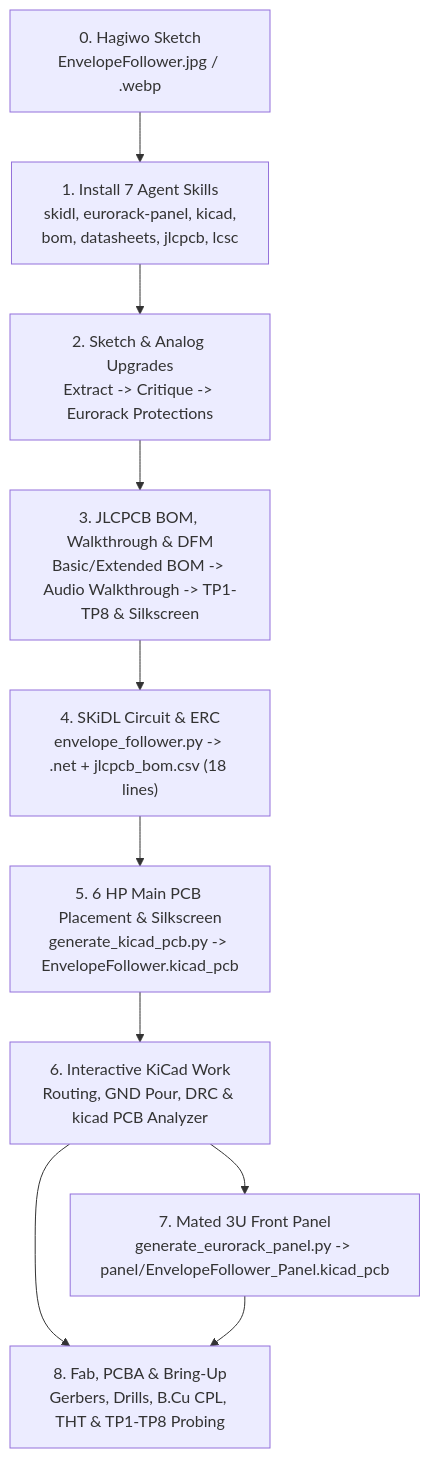
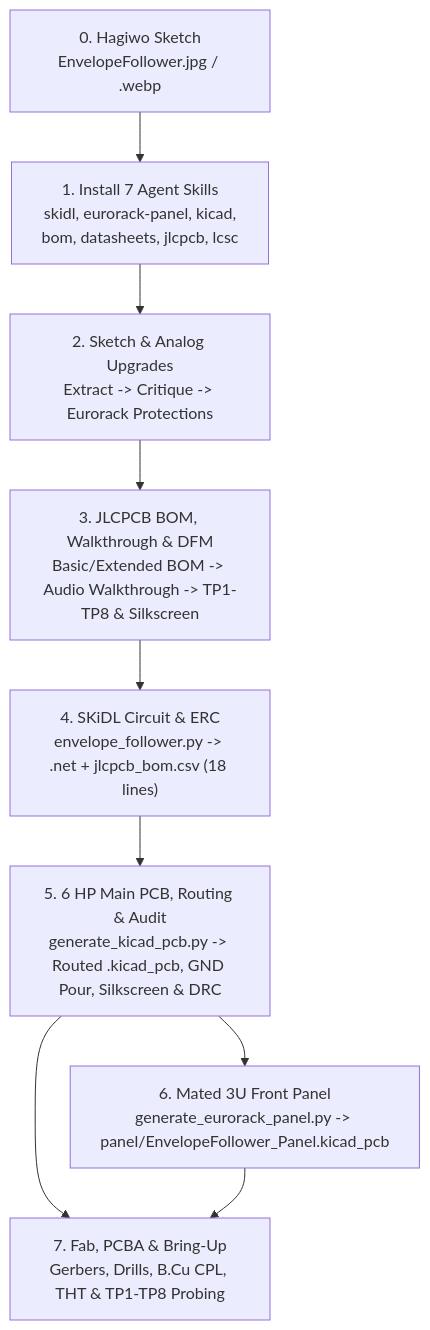
Before and after one commit to domesticmouse/EnvelopeFollower: the diagram in docs/index.md, drawn with Mermaid. The commit also changed other lines of this file and 7 other files, not shown here.

````diff
--- a/docs/index.md
+++ b/docs/index.md
@@ -11,12 +11,11 @@
 ```mermaid
 flowchart TD
     S0["0. Hagiwo Sketch<br/>EnvelopeFollower.jpg / .webp"] --> S1["1. Install 7 Agent Skills<br/>skidl, eurorack-panel, kicad,<br/>bom, datasheets, jlcpcb, lcsc"]
     S1 --> S2["2. Sketch & Analog Upgrades<br/>Extract -> Critique -> Eurorack Protections"]
     S2 --> S3["3. JLCPCB BOM, Walkthrough & DFM<br/>Basic/Extended BOM -> Audio Walkthrough -> TP1-TP8 & Silkscreen"]
     S3 --> S4["4. SKiDL Circuit & ERC<br/>envelope_follower.py -> .net + jlcpcb_bom.csv (18 lines)"]
-    S4 --> S5["5. 6 HP Main PCB Placement & Silkscreen<br/>generate_kicad_pcb.py -> EnvelopeFollower.kicad_pcb"]
-    S5 --> S6["6. Interactive KiCad Work<br/>Routing, GND Pour, DRC & kicad PCB Analyzer"]
-    S6 --> S7["7. Mated 3U Front Panel<br/>generate_eurorack_panel.py -> panel/EnvelopeFollower_Panel.kicad_pcb"]
-    S6 --> S8["8. Fab, PCBA & Bring-Up<br/>Gerbers, Drills, B.Cu CPL, THT & TP1-TP8 Probing"]
-    S7 --> S8
+    S4 --> S5["5. 6 HP Main PCB, Routing & Audit<br/>generate_kicad_pcb.py -> Routed .kicad_pcb, GND Pour, Silkscreen & DRC"]
+    S5 --> S6["6. Mated 3U Front Panel<br/>generate_eurorack_panel.py -> panel/EnvelopeFollower_Panel.kicad_pcb"]
+    S5 --> S7["7. Fab, PCBA & Bring-Up<br/>Gerbers, Drills, B.Cu CPL, THT & TP1-TP8 Probing"]
+    S6 --> S7
 ```
````
